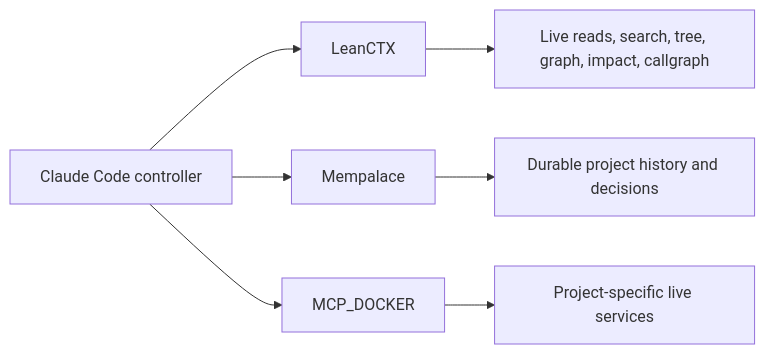
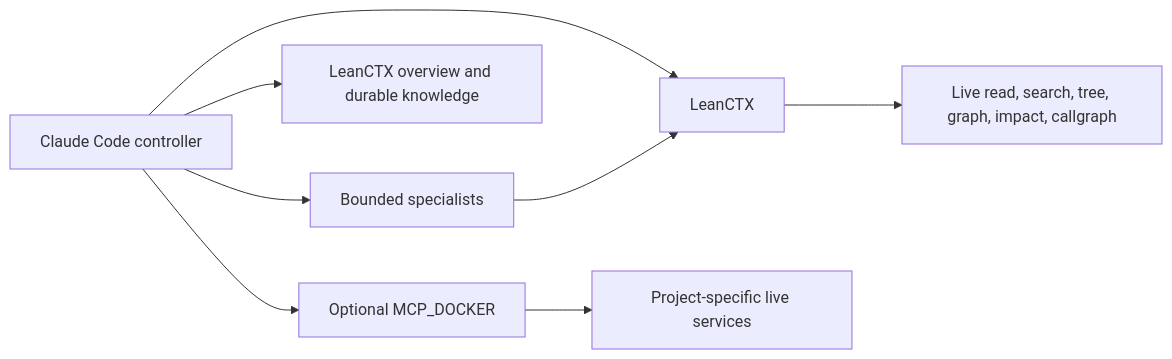
The second of 3 diagrams in docs/architecture.md (orichum/claudex-workflow), drawn with Mermaid before and after one commit. The commit also changed other lines of this file and 61 other files, not shown here.

Commit message:
Complete LeanCTX-native context migration

````diff
--- a/docs/architecture.md
+++ b/docs/architecture.md
@@ -23,9 +22,10 @@
 ```mermaid
 flowchart LR
     C["Claude Code controller"] --> L["LeanCTX"]
-    L --> R["Live reads, search, tree, graph, impact, callgraph"]
-    C --> M["Mempalace"]
-    M --> H["Durable project history and decisions"]
-    C --> D["MCP_DOCKER"]
+    C --> A["Bounded specialists"]
+    A --> L
+    L --> S["Live read, search, tree, graph, impact, callgraph"]
+    C --> K["LeanCTX overview and durable knowledge"]
+    C --> D["Optional MCP_DOCKER"]
     D --> X["Project-specific live services"]
 ```
````
